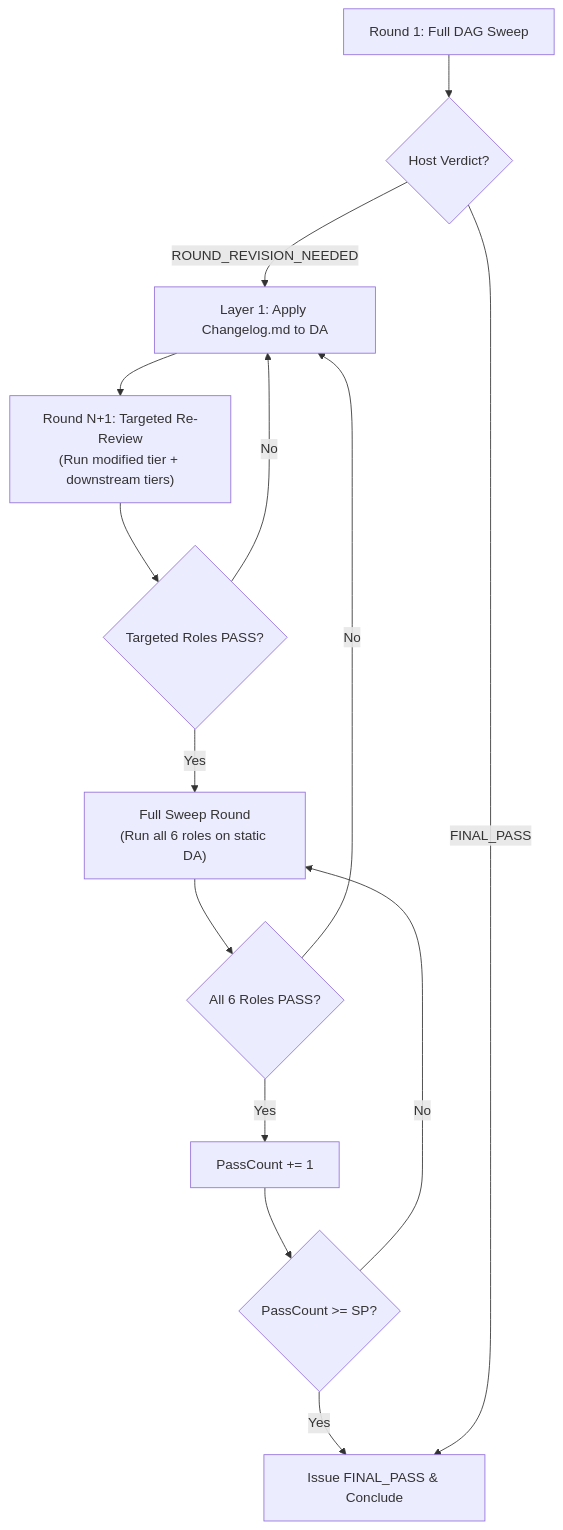
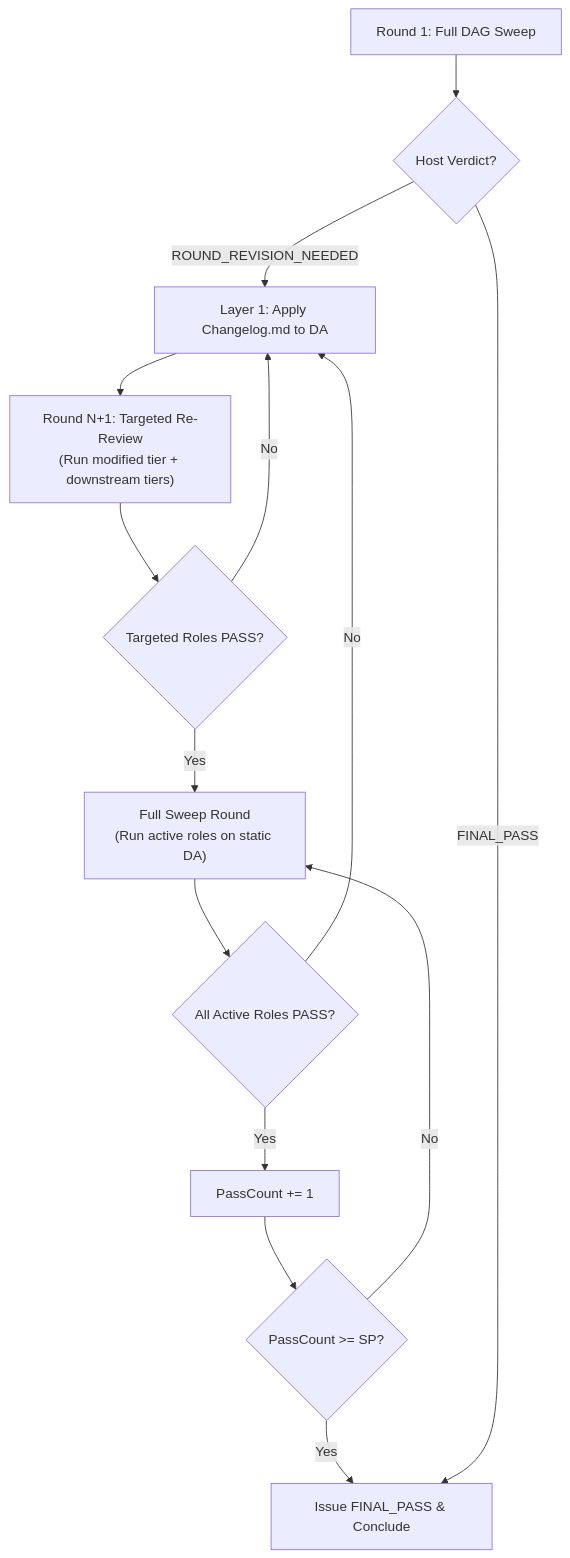
Before and after one commit to loerei/myskills: the diagram in productivity/conduct-deep-reviewing-loop/SKILL.md, drawn with Mermaid. The commit also changed other lines of this file and 7 other files, not shown here.

````diff
--- a/productivity/conduct-deep-reviewing-loop/SKILL.md
+++ b/productivity/conduct-deep-reviewing-loop/SKILL.md
@@ -20,16 +20,16 @@
 ```mermaid
 flowchart TD
     Start["Round 1: Full DAG Sweep"] --> Eval{"Host Verdict?"}
     Eval -->|"ROUND_REVISION_NEEDED"| Apply["Layer 1: Apply Changelog.md to DA"]
     Apply --> TargetRun["Round N+1: Targeted Re-Review<br/>(Run modified tier + downstream tiers)"]
     TargetRun --> CheckTarget{"Targeted Roles PASS?"}
     CheckTarget -->|"No"| Apply
-    CheckTarget -->|"Yes"| FullSweep["Full Sweep Round<br/>(Run all 6 roles on static DA)"]
-    FullSweep --> SweepCheck{"All 6 Roles PASS?"}
+    CheckTarget -->|"Yes"| FullSweep["Full Sweep Round<br/>(Run active roles on static DA)"]
+    FullSweep --> SweepCheck{"All Active Roles PASS?"}
     SweepCheck -->|"No"| Apply
     SweepCheck -->|"Yes"| Accumulate["PassCount += 1"]
     Accumulate --> SPCheck{"PassCount >= SP?"}
     SPCheck -->|"No"| FullSweep
     SPCheck -->|"Yes"| FinalPass["Issue FINAL_PASS & Conclude"]
     Eval -->|"FINAL_PASS"| FinalPass
 ```
````
